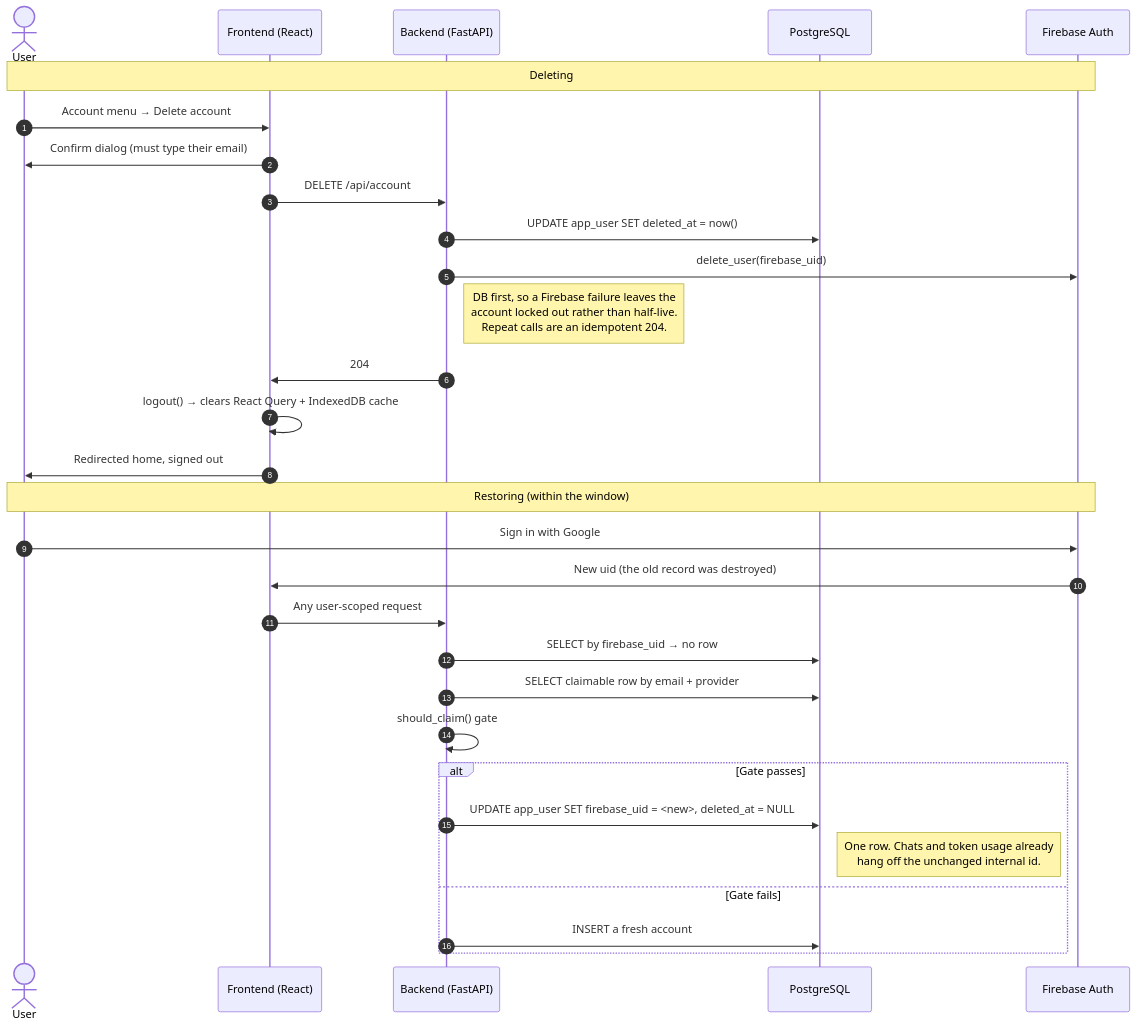
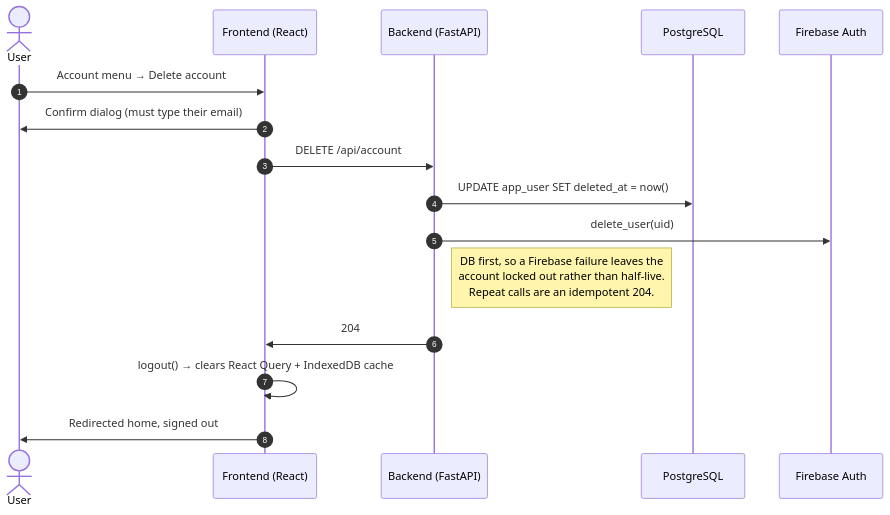
One commit to johntrimble/meeplemate changed the second of 2 diagrams in docs/auth.md. Above: the diagram before and after it, drawn with Mermaid. The commit also changed other lines of this file and 22 other files, not shown here.

````diff
--- a/docs/auth.md
+++ b/docs/auth.md
@@ -87,34 +83,19 @@
 ```mermaid
 sequenceDiagram
     autonumber
     actor User
     participant App as Frontend (React)
     participant API as Backend (FastAPI)
     participant DB as PostgreSQL
     participant FB as Firebase Auth
 
-    Note over User,FB: Deleting
     User->>App: Account menu → Delete account
     App->>User: Confirm dialog (must type their email)
     App->>API: DELETE /api/account
     API->>DB: UPDATE app_user SET deleted_at = now()
-    API->>FB: delete_user(firebase_uid)
+    API->>FB: delete_user(uid)
     Note right of API: DB first, so a Firebase failure leaves the<br/>account locked out rather than half-live.<br/>Repeat calls are an idempotent 204.
     API->>App: 204
     App->>App: logout() → clears React Query + IndexedDB cache
     App->>User: Redirected home, signed out
-
-    Note over User,FB: Restoring (within the window)
-    User->>FB: Sign in with Google
-    FB->>App: New uid (the old record was destroyed)
-    App->>API: Any user-scoped request
-    API->>DB: SELECT by firebase_uid → no row
-    API->>DB: SELECT claimable row by email + provider
-    API->>API: should_claim() gate
-    alt Gate passes
-        API->>DB: UPDATE app_user SET firebase_uid = <new>, deleted_at = NULL
-        Note right of DB: One row. Chats and token usage already<br/>hang off the unchanged internal id.
-    else Gate fails
-        API->>DB: INSERT a fresh account
-    end
 ```
````
